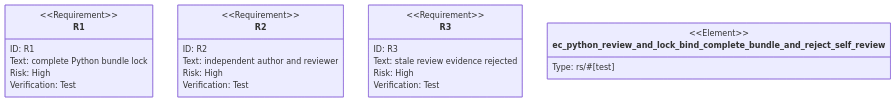
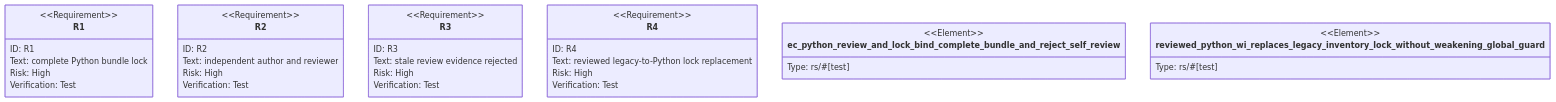
One commit to chrischeng-c4/axiom changed the second of 2 diagrams in apps/agentic-workflow/tech-design/core/logic/python-ec-review-lock.md. Above: the diagram before and after it, drawn with Mermaid. The commit also changed other lines of this file and 2 other files, not shown here.

Commit message:
fix(aw): migrate reviewed Python EC locks
Refs #2541

````diff
--- a/apps/agentic-workflow/tech-design/core/logic/python-ec-review-lock.md
+++ b/apps/agentic-workflow/tech-design/core/logic/python-ec-review-lock.md
@@ -79,52 +84,69 @@
 ```mermaid
 ---
 id: aw-python-ec-review-lock-unit-tests
 requirements:
   complete_bundle_lock:
     id: R1
     text: "A Python EC lock records its pyproject inventory and every normalized source/dependency input, and becomes stale when either a source or pyproject dependency changes."
     kind: contract
     risk: high
     verify: "cargo test -p agentic-workflow --test ec_python_review_lock -- --nocapture"
   independent_review:
     id: R2
     text: "A same-author agent review is rejected, while an independent agent review can accept the current digest under the existing policy."
     kind: security
     risk: high
     verify: "cargo test -p agentic-workflow --test ec_python_review_lock -- --nocapture"
   stale_evidence:
     id: R3
     text: "A Python source mutation changes the review digest and routes the project back to pending independent review."
     kind: regression
     risk: high
     verify: "cargo test -p agentic-workflow --test ec_python_review_lock -- --nocapture"
+  reviewed_legacy_replacement:
+    id: R4
+    text: "A root-owned Python WI can replace a legacy inventory lock only after digest-current independent review; the project-global removed-contract guard remains closed."
+    kind: security
+    risk: high
+    verify: "cargo test -p agentic-workflow --lib reviewed_python_wi_replaces_legacy_inventory_lock_without_weakening_global_guard -- --nocapture"
 elements:
   ec_python_review_and_lock_bind_complete_bundle_and_reject_self_review: { kind: test, type: "rs/#[test]" }
+  reviewed_python_wi_replaces_legacy_inventory_lock_without_weakening_global_guard: { kind: test, type: "rs/#[test]" }
 relations:
   - { from: ec_python_review_and_lock_bind_complete_bundle_and_reject_self_review, verifies: complete_bundle_lock }
   - { from: ec_python_review_and_lock_bind_complete_bundle_and_reject_self_review, verifies: independent_review }
   - { from: ec_python_review_and_lock_bind_complete_bundle_and_reject_self_review, verifies: stale_evidence }
+  - { from: reviewed_python_wi_replaces_legacy_inventory_lock_without_weakening_global_guard, verifies: reviewed_legacy_replacement }
 ---
 requirementDiagram
   requirement R1 {
     id: R1
     text: "complete Python bundle lock"
     risk: high
     verifymethod: test
   }
   requirement R2 {
     id: R2
     text: "independent author and reviewer"
     risk: high
     verifymethod: test
   }
   requirement R3 {
     id: R3
     text: "stale review evidence rejected"
     risk: high
     verifymethod: test
   }
+  requirement R4 {
+    id: R4
+    text: "reviewed legacy-to-Python lock replacement"
+    risk: high
+    verifymethod: test
+  }
   element ec_python_review_and_lock_bind_complete_bundle_and_reject_self_review {
     type: "rs/#[test]"
   }
+  element reviewed_python_wi_replaces_legacy_inventory_lock_without_weakening_global_guard {
+    type: "rs/#[test]"
+  }
 ```
````
